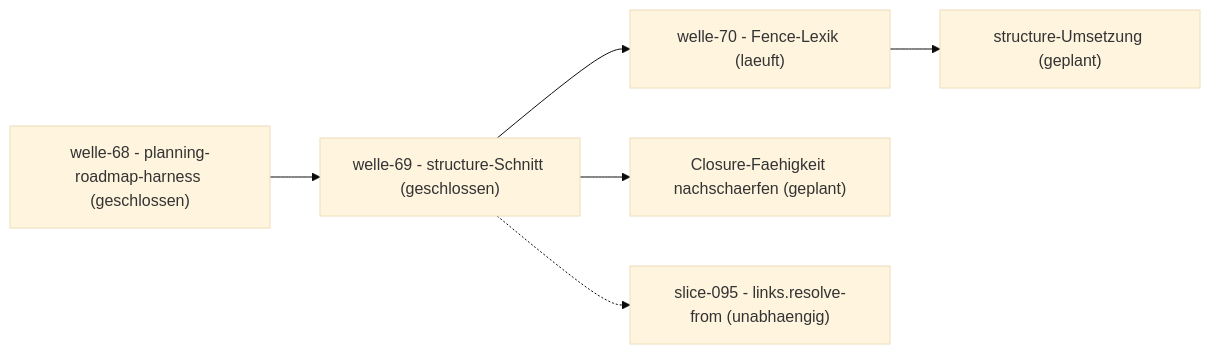
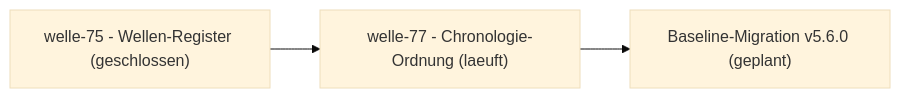
The diagram in docs/plan/planning/in-progress/roadmap.md (pt9912/d-check), drawn with Mermaid (base theme) before and after one commit. The commit also changed other lines of this file and 2 other files, not shown here.

Commit message:
docs(plan): welle-77 eroeffnet, slice-105 in Arbeit (slice-105)
Freigabe mit Reihenfolge-Entscheid des Auftraggebers: erst die
BEO-005-Chronologie-Welle, dann die Baseline-Migration v5.6.0 -- die
Migration steht jetzt als Vorschau-Zeile in Naechste Wellen. WIP-Slot
frei seit der welle-76-Closure; der Vorschau-Trigger (welle-75 zu, die
Tabellen-Lexik bekommt ihren dritten Konsumenten) ist seit 2026-08-16
eingetreten.

Der Abhaengigkeitsgraph fuehrte noch die welle-68/69/70-Aera und ist
auf den Ist-Stand gezogen. Beim Eroeffnungs-Sichten: das Register
fuehrt nur noch BEO-005 offen -- genau den Gegenstand dieser Welle;
BEO-002/003/004 wirken verkoerpert im Slice (MR-025-Spiegel-Liste,
Lexik-Kopplung, Roh-Text-Frage).

make planning-check + doc-check gruen (388/0).

````diff
--- a/docs/plan/planning/in-progress/roadmap.md
+++ b/docs/plan/planning/in-progress/roadmap.md
@@ -48,14 +52,8 @@
 ```mermaid
 flowchart LR
-    W68["welle-68 - planning-roadmap-harness (geschlossen)"]
-    W69["welle-69 - structure-Schnitt (geschlossen)"]
-    W70["welle-70 - Fence-Lexik (laeuft)"]
-    WU["structure-Umsetzung (geplant)"]
-    WC["Closure-Faehigkeit nachschaerfen (geplant)"]
-    S95["slice-095 - links.resolve-from (unabhaengig)"]
-    W68 --> W69
-    W69 --> W70
-    W70 --> WU
-    W69 --> WC
-    W69 -.-> S95
+    W75["welle-75 - Wellen-Register (geschlossen)"]
+    W77["welle-77 - Chronologie-Ordnung (laeuft)"]
+    WB["Baseline-Migration v5.6.0 (geplant)"]
+    W75 --> W77
+    W77 --> WB
 ```
````
